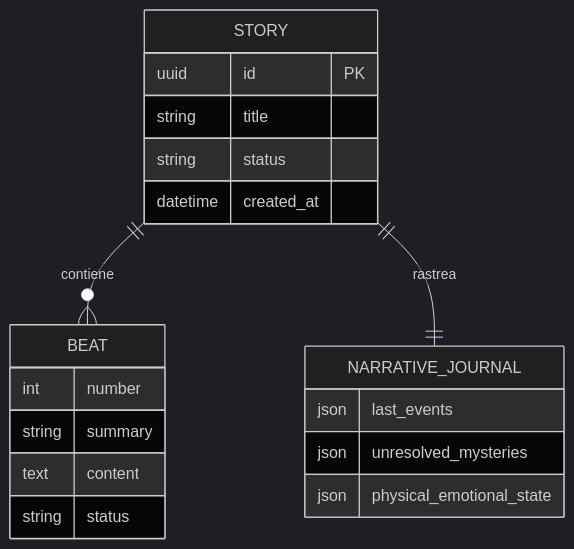
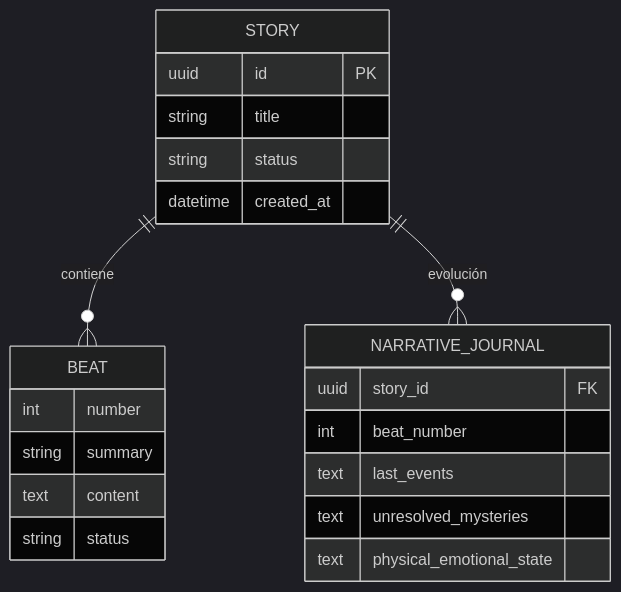
Before and after one commit to rledesma912/automated_narrative: the second of 2 diagrams in specs/010_marco_sdd.md, drawn with Mermaid (dark theme). The commit also changed 25 other files, not shown here.

````diff
--- a/specs/010_marco_sdd.md
+++ b/specs/010_marco_sdd.md
@@ -103,22 +103,24 @@
 ```mermaid
 erDiagram
     STORY ||--o{ BEAT : "contiene"
-    STORY ||--|| NARRATIVE_JOURNAL : "rastrea"
+    STORY ||--o{ NARRATIVE_JOURNAL : "evolución"
     STORY {
         uuid id PK
         string title
         string status
         datetime created_at
     }
     BEAT {
         int number
         string summary
         text content
         string status
     }
     NARRATIVE_JOURNAL {
-        json last_events
-        json unresolved_mysteries
-        json physical_emotional_state
+        uuid story_id FK
+        int beat_number
+        text last_events
+        text unresolved_mysteries
+        text physical_emotional_state
     }
 ```
````
